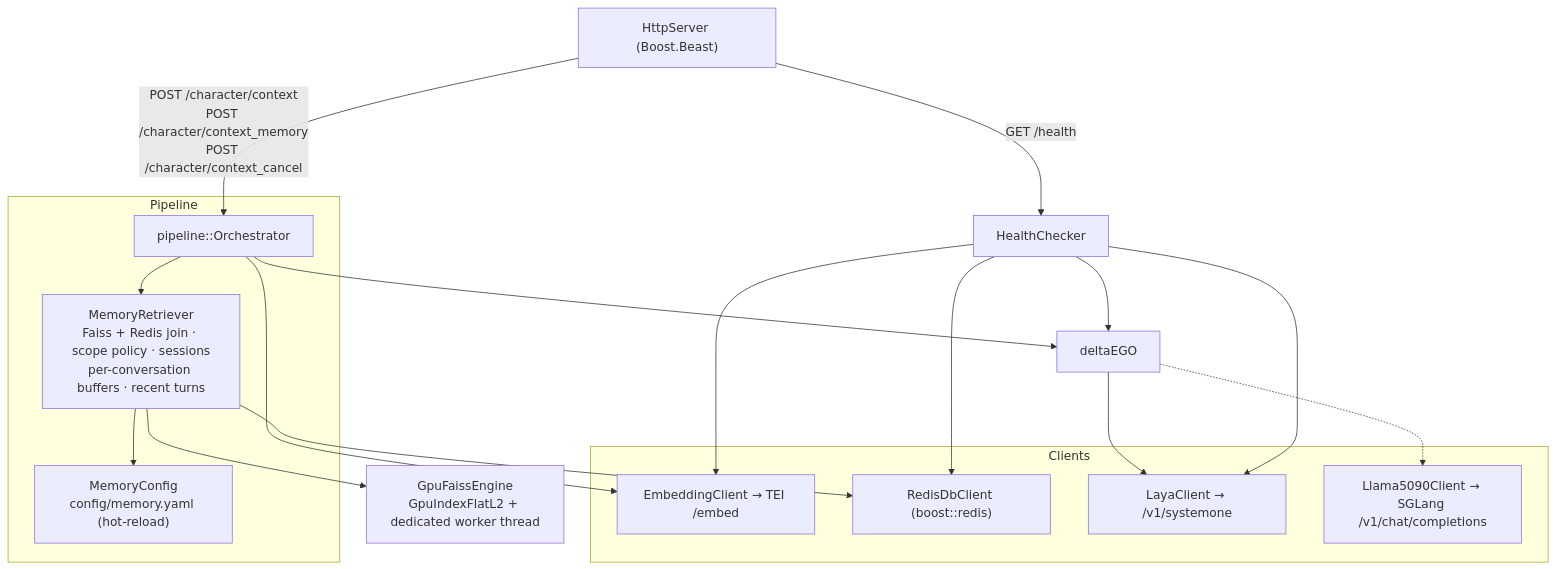
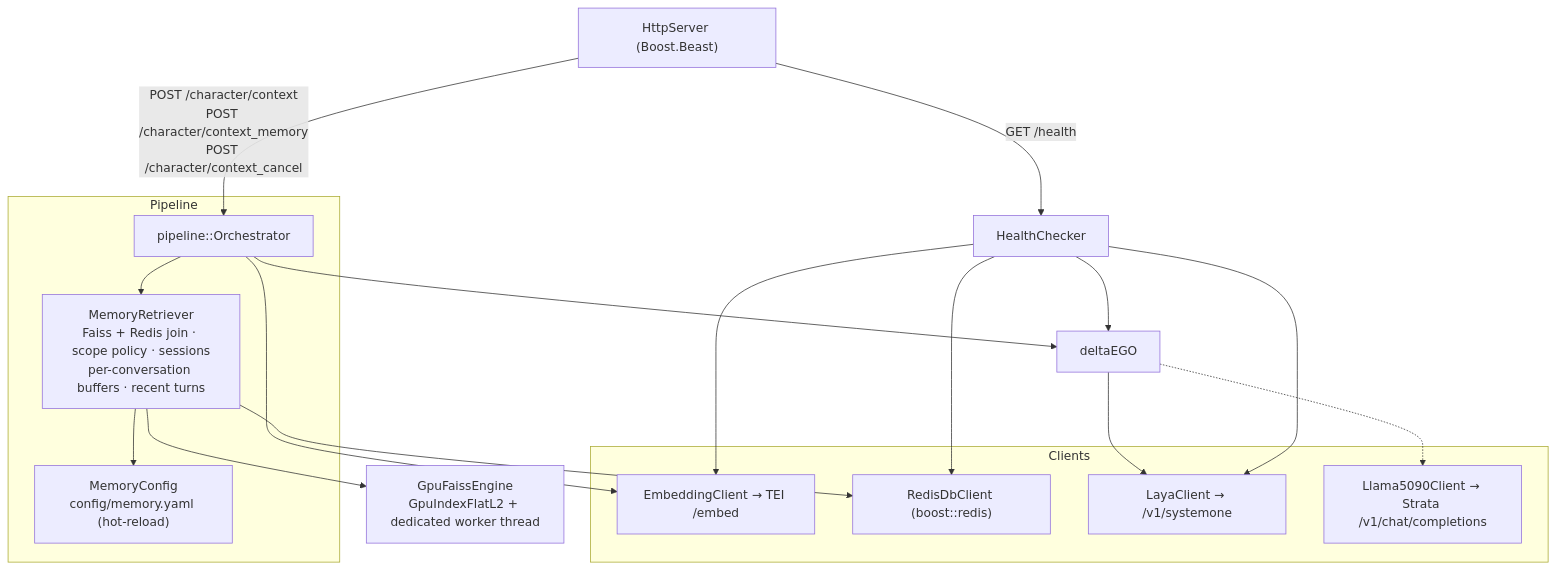
One commit to deltaAnima/Project_deltaAnima changed the fifth of 9 diagrams in README.md. Above: the diagram before and after it, drawn with Mermaid. The commit also changed other lines of this file, not shown here.

Commit message:
Update README to reflect Strata model changes

````diff
--- a/README.md
+++ b/README.md
@@ -410,30 +409,30 @@
 ```mermaid
 flowchart TB
     HS["HttpServer (Boost.Beast)"]
     subgraph Pipeline
         ORC["pipeline::Orchestrator"]
         MR["MemoryRetriever<br/>Faiss + Redis join · scope policy · sessions<br/>per-conversation buffers · recent turns"]
         MC["MemoryConfig<br/>config/memory.yaml (hot-reload)"]
     end
     subgraph Clients
         EMB["EmbeddingClient → TEI /embed"]
         RD["RedisDbClient (boost::redis)"]
         OJ["LayaClient → /v1/systemone"]
-        LL["Llama5090Client → SGLang /v1/chat/completions"]
+        LL["Llama5090Client → Strata /v1/chat/completions"]
     end
     GFE["GpuFaissEngine<br/>GpuIndexFlatL2 + dedicated worker thread"]
     EGO["deltaEGO"]
     HC["HealthChecker"]
 
     HS -- "POST /character/context<br/>POST /character/context_memory<br/>POST /character/context_cancel" --> ORC
     HS -- "GET /health" --> HC
     ORC --> EMB
     ORC --> MR
     ORC --> EGO
     MR --> GFE
     MR --> RD
     MR --> MC
     EGO --> OJ
     EGO -.-> LL
     HC --> EMB & RD & OJ & EGO
 ```
````
